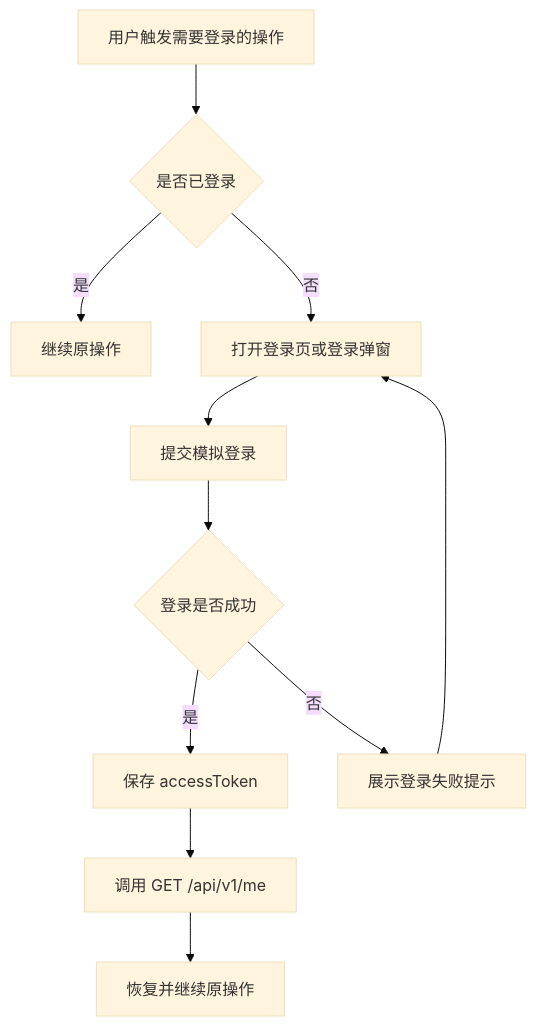
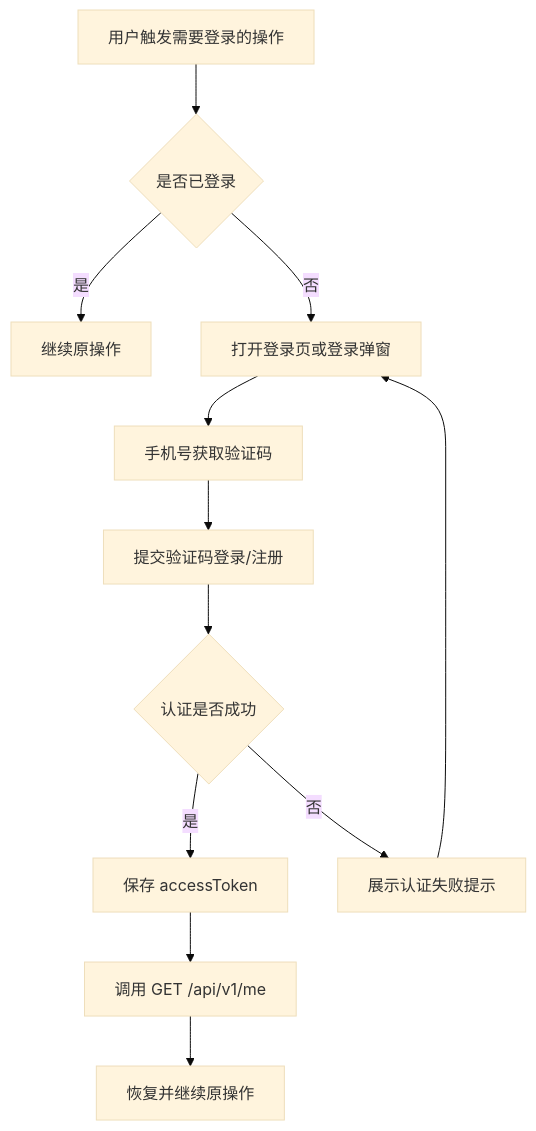
The first of 9 diagrams in docs/页面与交互文档.md (Zesuy/social-group-buying-platform), drawn with Mermaid (base theme) before and after one commit. The commit also changed 25 other files, not shown here.

First line of the commit message:
feat(auth): add phone-code login and registration flow

````diff
--- a/docs/页面与交互文档.md
+++ b/docs/页面与交互文档.md
@@ -34,13 +34,14 @@
 ```mermaid
 flowchart TD
     A[用户触发需要登录的操作] --> B{是否已登录}
     B -- 是 --> C[继续原操作]
     B -- 否 --> D[打开登录页或登录弹窗]
-    D --> E[提交模拟登录]
-    E --> F{登录是否成功}
-    F -- 是 --> G[保存 accessToken]
-    G --> H[调用 GET /api/v1/me]
-    H --> I[恢复并继续原操作]
-    F -- 否 --> J[展示登录失败提示]
-    J --> D
+    D --> E[手机号获取验证码]
+    E --> F[提交验证码登录/注册]
+    F --> G{认证是否成功}
+    G -- 是 --> H[保存 accessToken]
+    H --> I[调用 GET /api/v1/me]
+    I --> J[恢复并继续原操作]
+    G -- 否 --> K[展示认证失败提示]
+    K --> D
 ```
````
